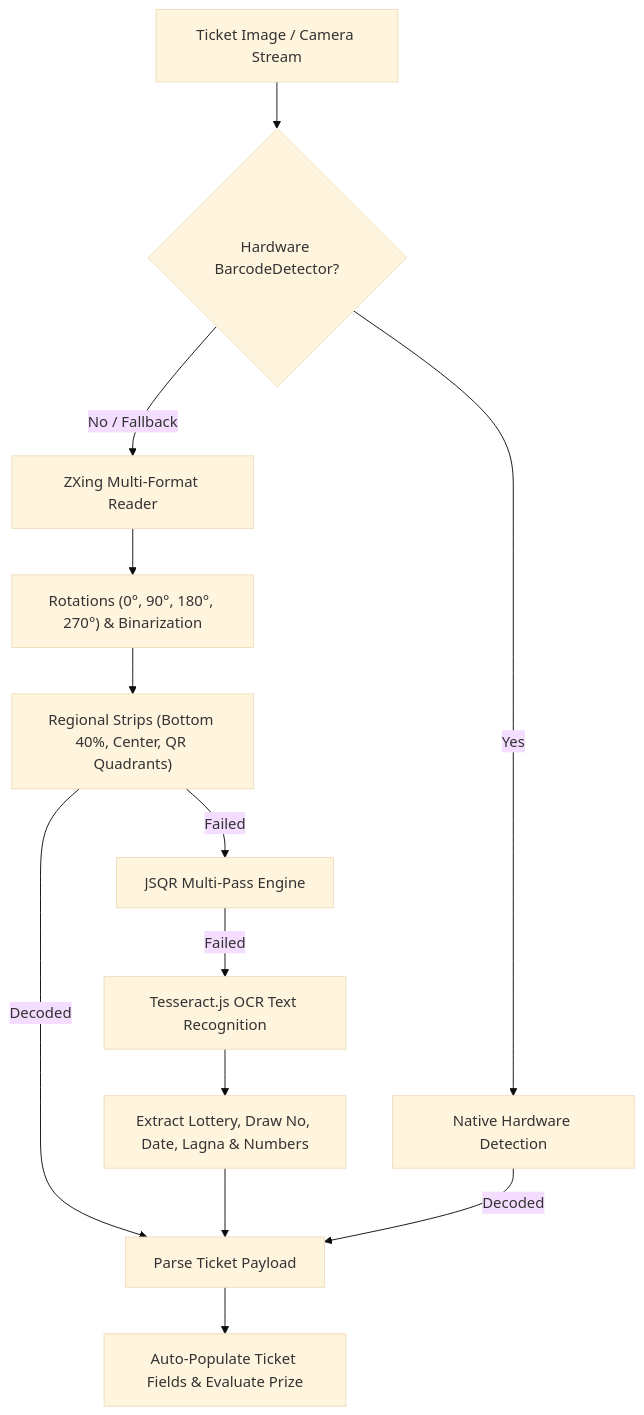
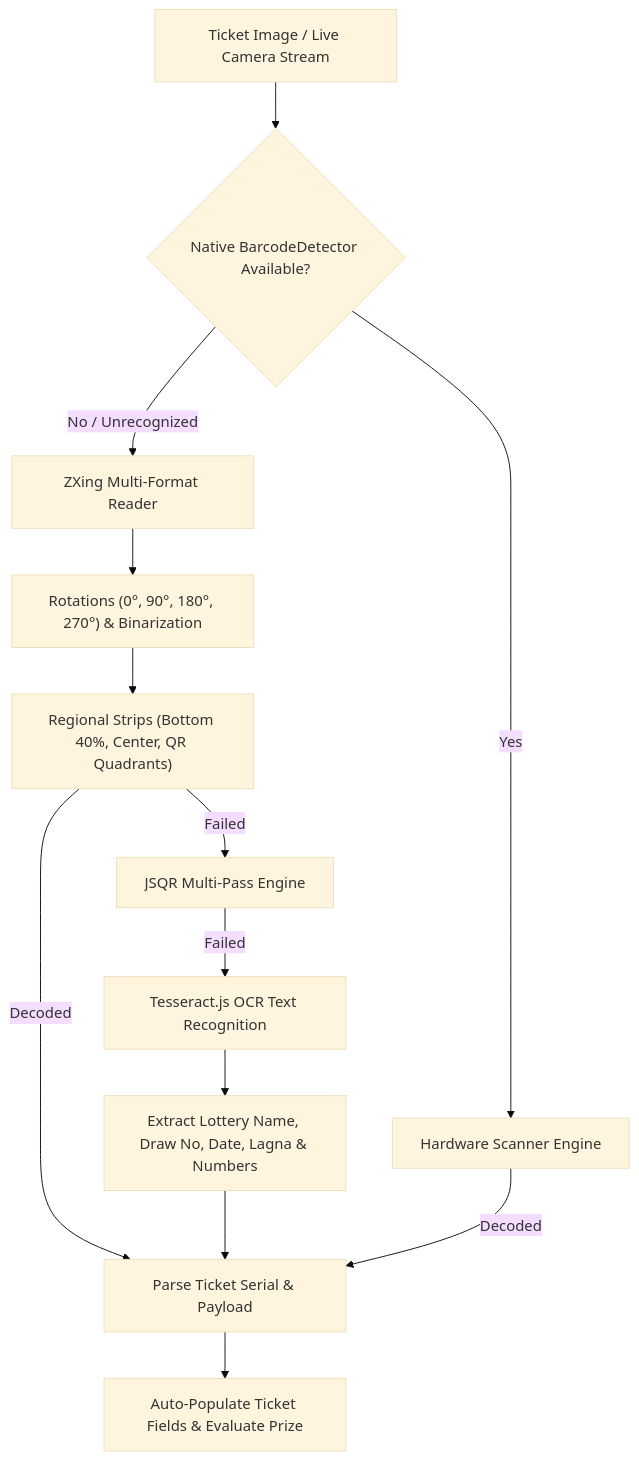
One commit to dewminiweerapperuma/Lotto-scan changed the second of 2 diagrams in PROJECT_DOCUMENTATION.md. Above: the diagram before and after it, drawn with Mermaid (base theme). The commit also changed other lines of this file and 53 other files, not shown here.

````diff
--- a/PROJECT_DOCUMENTATION.md
+++ b/PROJECT_DOCUMENTATION.md
@@ -160,15 +174,15 @@
 ```mermaid
 flowchart TD
-    A["Ticket Image / Camera Stream"] --> B{"Hardware BarcodeDetector?"}
-    B -- Yes --> C["Native Hardware Detection"]
-    B -- No / Fallback --> D["ZXing Multi-Format Reader"]
+    A["Ticket Image / Live Camera Stream"] --> B{"Native BarcodeDetector Available?"}
+    B -- Yes --> C["Hardware Scanner Engine"]
+    B -- No / Unrecognized --> D["ZXing Multi-Format Reader"]
     D --> E["Rotations (0°, 90°, 180°, 270°) & Binarization"]
     E --> F["Regional Strips (Bottom 40%, Center, QR Quadrants)"]
-    F -- Decoded --> G["Parse Ticket Payload"]
+    F -- Decoded --> G["Parse Ticket Serial & Payload"]
     F -- Failed --> H["JSQR Multi-Pass Engine"]
     H -- Failed --> I["Tesseract.js OCR Text Recognition"]
-    I --> J["Extract Lottery, Draw No, Date, Lagna & Numbers"]
+    I --> J["Extract Lottery Name, Draw No, Date, Lagna & Numbers"]
     J --> G
     C -- Decoded --> G
     G --> K["Auto-Populate Ticket Fields & Evaluate Prize"]
 ```
````
